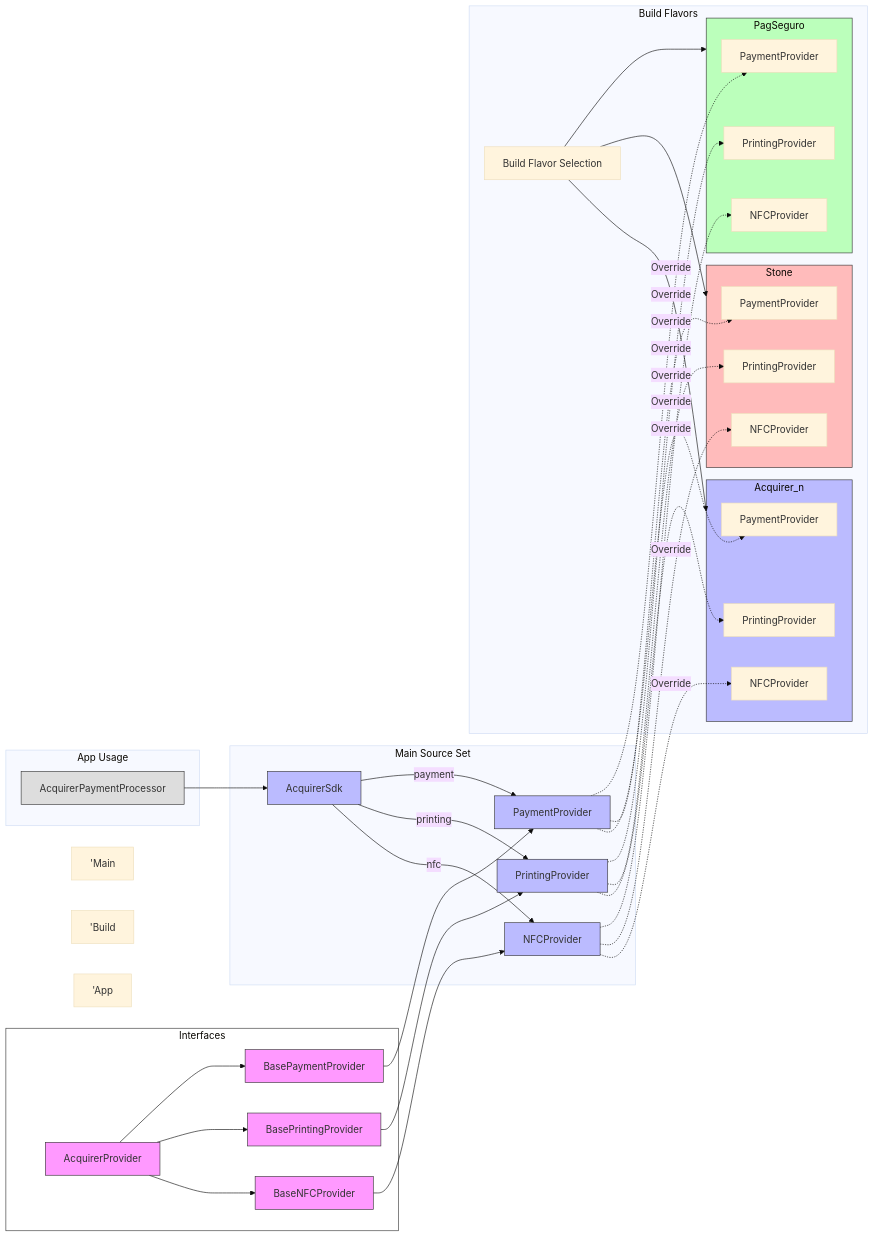
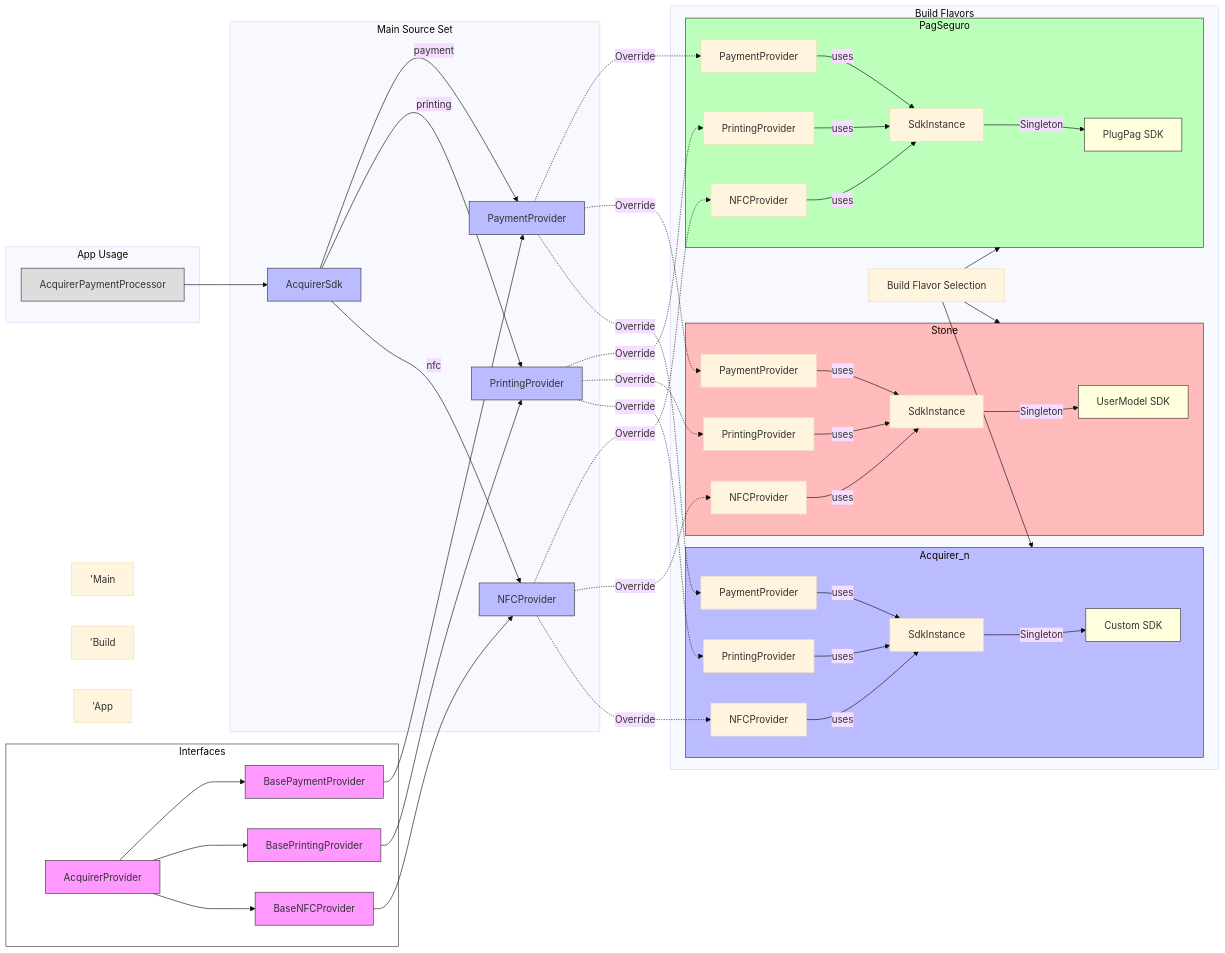
The diagram in app/src/main/java/br/com/ticpass/pos/sdk/README.md (Spardevs/aurora-trip), drawn with Mermaid (base theme) before and after one commit. The commit also changed other lines of this file and 1 other file, not shown here.

Commit message:
docs: update architecture docs with singleton SDK and type safety details

```diff
--- a/app/src/main/java/br/com/ticpass/pos/sdk/README.md
+++ b/app/src/main/java/br/com/ticpass/pos/sdk/README.md
@@ -49,21 +51,42 @@
         BuildFlavor[Build Flavor Selection]
         
         subgraph "PagSeguro"
+            PlugPag[PlugPag SDK]
+            SdkInstancePag[SdkInstance]
             PaymentProviderPag[PaymentProvider]
             PrintingProviderPag[PrintingProvider]
             NFCProviderPag[NFCProvider]
+            
+            SdkInstancePag -- "Singleton" --> PlugPag
+            PaymentProviderPag -- "uses" --> SdkInstancePag
+            PrintingProviderPag -- "uses" --> SdkInstancePag
+            NFCProviderPag -- "uses" --> SdkInstancePag
         end
         
         subgraph "Stone"
+            UserModel[UserModel SDK]
+            SdkInstanceStn[SdkInstance]
             PaymentProviderStn[PaymentProvider]
             PrintingProviderStn[PrintingProvider]
             NFCProviderStn[NFCProvider]
+            
+            SdkInstanceStn -- "Singleton" --> UserModel
+            PaymentProviderStn -- "uses" --> SdkInstanceStn
+            PrintingProviderStn -- "uses" --> SdkInstanceStn
+            NFCProviderStn -- "uses" --> SdkInstanceStn
         end
         
         subgraph "Acquirer_n"
-            PaymentProviderCie[PaymentProvider]
-            PrintingProviderCie[PrintingProvider]
-            NFCProviderCie[NFCProvider]
+            SDK_n[Custom SDK]
+            SdkInstanceN[SdkInstance]
+            PaymentProviderN[PaymentProvider]
+            PrintingProviderN[PrintingProvider]
+            NFCProviderN[NFCProvider]
+            
+            SdkInstanceN -- "Singleton" --> SDK_n
+            PaymentProviderN -- "uses" --> SdkInstanceN
+            PrintingProviderN -- "uses" --> SdkInstanceN
+            NFCProviderN -- "uses" --> SdkInstanceN
         end
         
         BuildFlavor --> PagSeguro
@@ -80,9 +103,9 @@
     PrintingProviderMain -.Override.-> PrintingProviderStn
     NFCProviderMain -.Override.-> NFCProviderStn
     
-    PaymentProviderMain -.Override.-> PaymentProviderCie
-    PrintingProviderMain -.Override.-> PrintingProviderCie
-    NFCProviderMain -.Override.-> NFCProviderCie
+    PaymentProviderMain -.Override.-> PaymentProviderN
+    PrintingProviderMain -.Override.-> PrintingProviderN
+    NFCProviderMain -.Override.-> NFCProviderN
     
     %% App usage
     subgraph "App Usage"
@@ -95,10 +118,12 @@
     classDef interface fill:#f9f,stroke:#333,stroke-width:1px;
     classDef main fill:#bbf,stroke:#333,stroke-width:1px;
     classDef usage fill:#ddd,stroke:#333,stroke-width:1px;
+    classDef sdk fill:#ffd,stroke:#333,stroke-width:1px;
     
     class AcquirerProvider,BasePaymentProvider,BasePrintingProvider,BaseNFCProvider interface;
     class AcquirerSdk,PaymentProviderMain,PrintingProviderMain,NFCProviderMain main;
     class AcquirerPaymentProcessor usage;
+    class PlugPag,UserModel,SDK_n sdk;
     
     %% Style the subgraphs
     style Interfaces fill:#fff,stroke:#333,stroke-width:1px;
```
